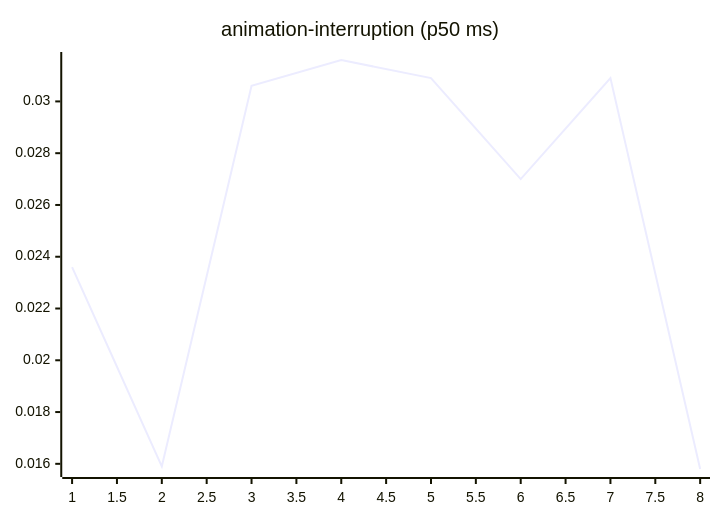
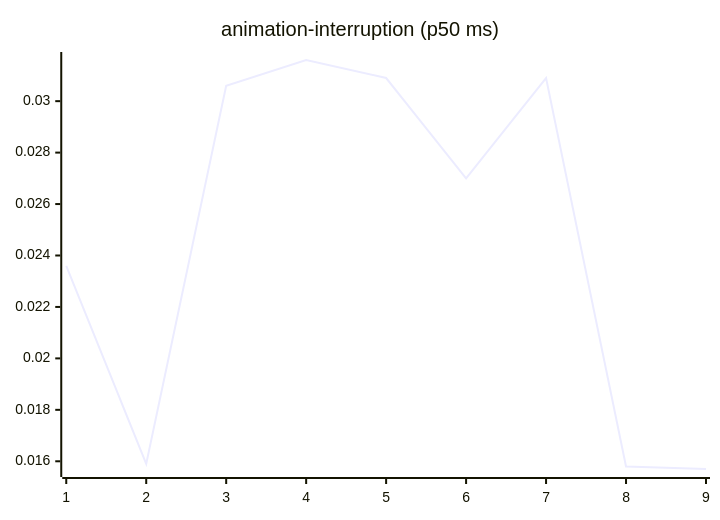
Before and after one commit to josha/Facet: the third of 27 diagrams in README.md, drawn with Mermaid. The commit also changed other lines of this file and 2 other files, not shown here.

````diff
--- a/README.md
+++ b/README.md
@@ -77,6 +77,6 @@
 ```mermaid
 xychart-beta
     title "animation-interruption (p50 ms)"
-    x-axis 1 --> 8
-    line [0.0236, 0.0159, 0.0306, 0.0316, 0.0309, 0.0270, 0.0309, 0.0158]
+    x-axis 1 --> 9
+    line [0.0236, 0.0159, 0.0306, 0.0316, 0.0309, 0.0270, 0.0309, 0.0158, 0.0157]
 ```
````
